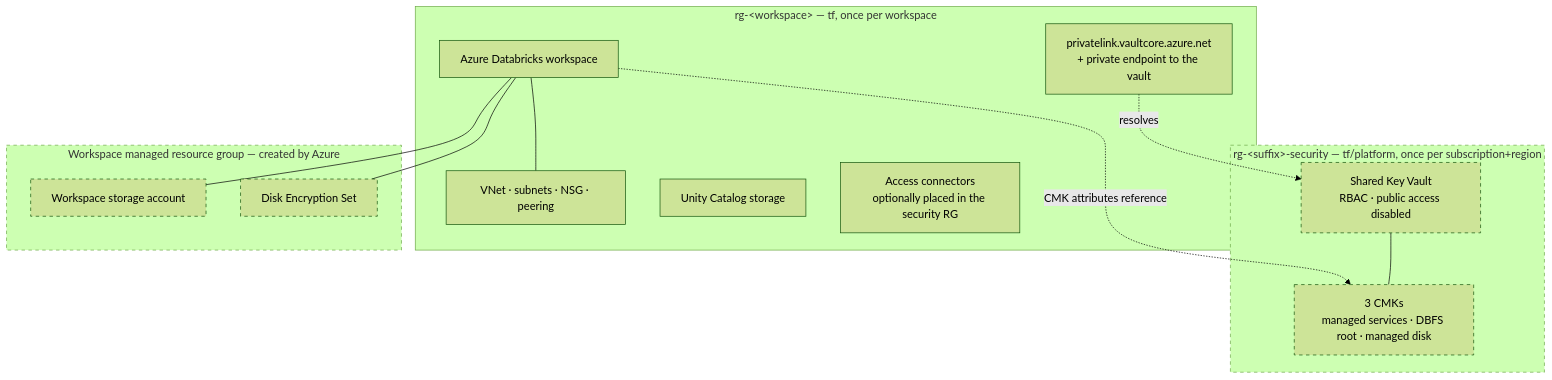
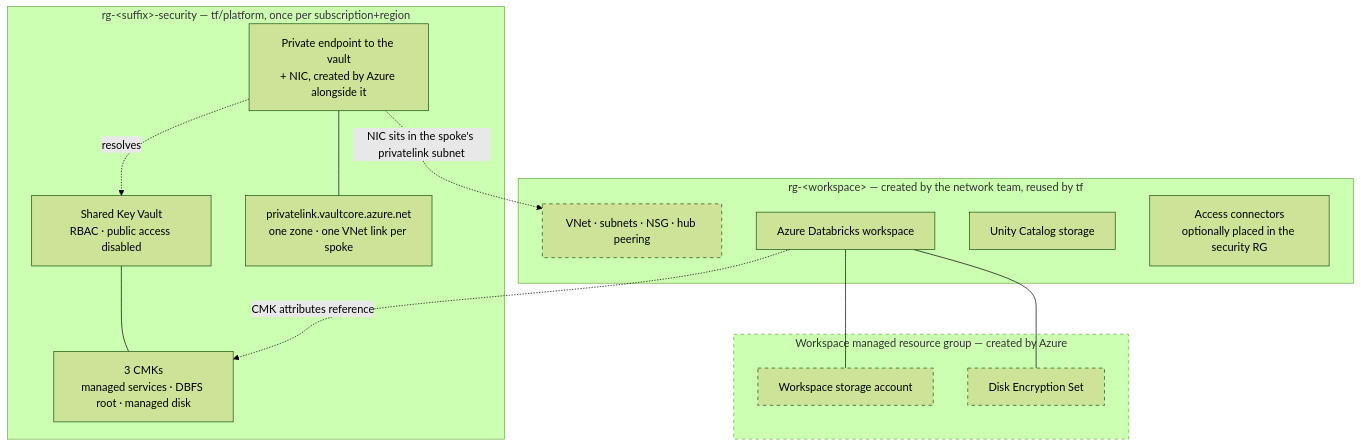
The first of 3 diagrams in README.md (dpmcclurg/databricks-sra-byo-hub), drawn with Mermaid (forest theme) before and after one commit. The commit also changed other lines of this file and 3 other files, not shown here.

````diff
--- a/README.md
+++ b/README.md
@@ -771,30 +852,32 @@
 ```mermaid
 flowchart TB
     subgraph platform["rg-&lt;suffix&gt;-security — tf/platform, once per subscription+region"]
         KV["Shared Key Vault<br/>RBAC · public access disabled"]
         KEYS["3 CMKs<br/>managed services · DBFS root · managed disk"]
+        ZONE["privatelink.vaultcore.azure.net<br/>one zone · one VNet link per spoke"]
+        PE["Private endpoint to the vault<br/>+ NIC, created by Azure alongside it"]
         KV --- KEYS
+        PE --- ZONE
     end
 
-    subgraph ws["rg-&lt;workspace&gt; — tf, once per workspace"]
+    subgraph ws["rg-&lt;workspace&gt; — created by the network team, reused by tf"]
+        NET["VNet · subnets · NSG · hub peering"]
         WS["Azure Databricks workspace"]
-        NET["VNet · subnets · NSG · peering"]
         UC["Unity Catalog storage"]
-        ZONE["privatelink.vaultcore.azure.net<br/>+ private endpoint to the vault"]
         AC["Access connectors<br/>optionally placed in the security RG"]
     end
 
     subgraph mrg["Workspace managed resource group — created by Azure"]
         WSSA["Workspace storage account"]
         DES["Disk Encryption Set"]
     end
 
-    WS --- NET
     WS --- WSSA
     WS --- DES
-    ZONE -.->|"resolves"| KV
+    PE -.->|"NIC sits in the spoke's privatelink subnet"| NET
+    PE -.->|"resolves"| KV
     WS -.->|"CMK attributes reference"| KEYS
 
     classDef existing stroke-dasharray: 5 5
-    class platform,KV,KEYS,mrg,WSSA,DES existing
+    class mrg,WSSA,DES,NET existing
 ```
````
